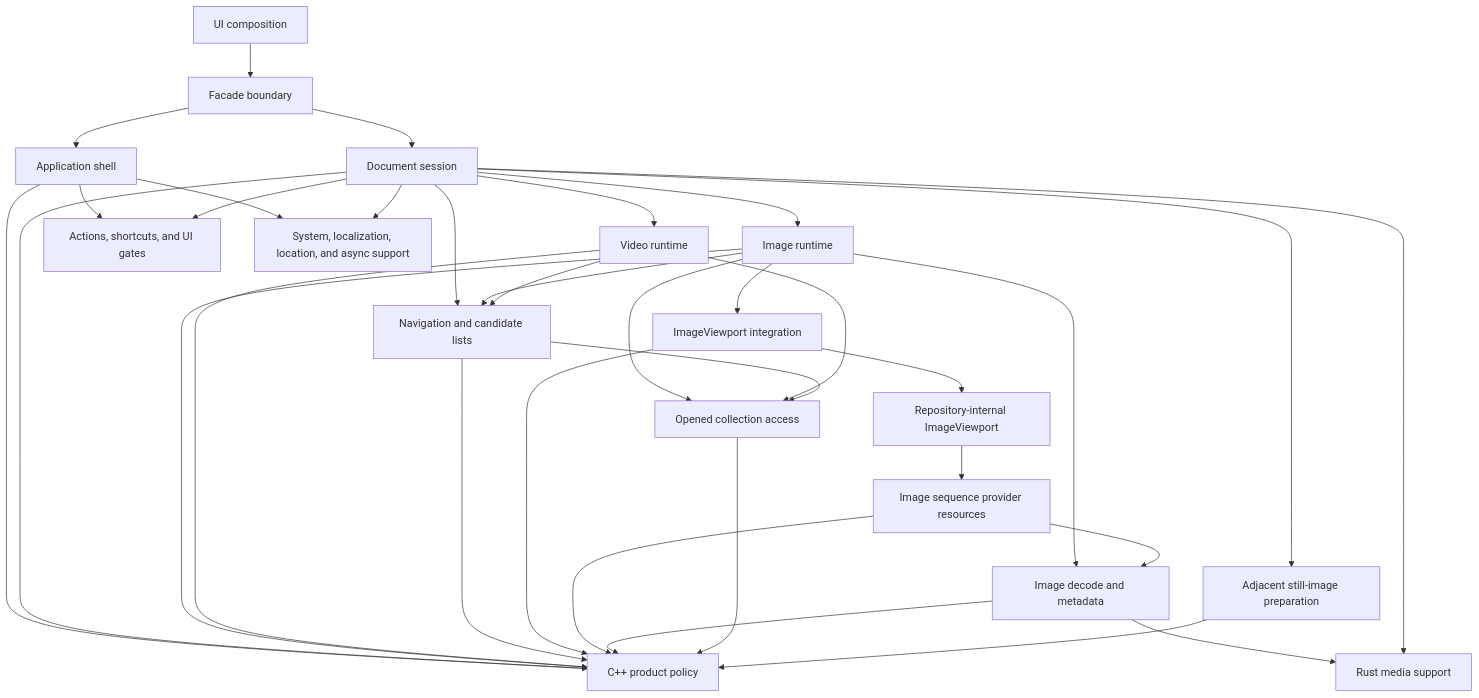
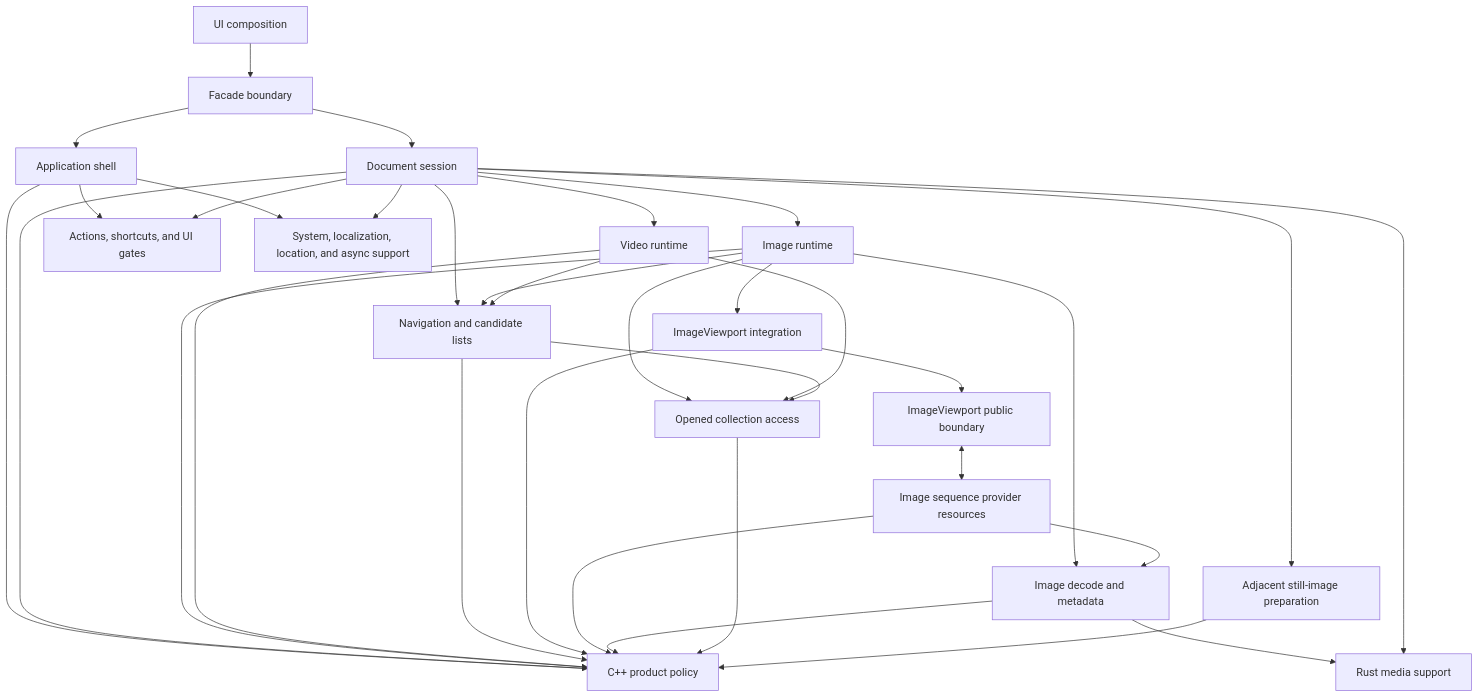
One commit to hnjae/kiriview changed the second of 2 diagrams in app/docs/architecture/overview.md. Above: the diagram before and after it, drawn with Mermaid. The commit also changed other lines of this file and 23 other files, not shown here.

Commit message:
docs(app): make image viewport boundary opaque

````diff
--- a/app/docs/architecture/overview.md
+++ b/app/docs/architecture/overview.md
@@ -33,54 +33,54 @@
 ```mermaid
 flowchart TD
     UI["UI composition"]
     Facade["Facade boundary"]
     Shell["Application shell"]
     Session["Document session"]
     Image["Image runtime"]
     Video["Video runtime"]
     Navigation["Navigation and candidate lists"]
     Integration["ImageViewport integration"]
-    Viewport["Repository-internal ImageViewport"]
+    Viewport["ImageViewport public boundary"]
     Provider["Image sequence provider resources"]
     Decoding["Image decode and metadata"]
     Collections["Opened collection access"]
     Predecode["Adjacent still-image preparation"]
     Actions["Actions, shortcuts, and UI gates"]
     System["System, localization, location, and async support"]
     Policy["C++ product policy"]
     Support["Rust media support"]
 
     UI --> Facade
     Facade --> Shell
     Facade --> Session
     Shell --> Actions
     Shell --> System
     Session --> Image
     Session --> Video
     Session --> Navigation
     Session --> Predecode
     Session --> Actions
     Session --> System
     Image --> Navigation
     Image --> Integration
     Image --> Decoding
     Image --> Collections
     Integration --> Viewport
-    Viewport --> Provider
+    Viewport <--> Provider
     Provider --> Decoding
     Video --> Navigation
     Video --> Collections
     Navigation --> Collections
     Shell --> Policy
     Session --> Policy
     Image --> Policy
     Video --> Policy
     Navigation --> Policy
     Integration --> Policy
     Provider --> Policy
     Decoding --> Policy
     Collections --> Policy
     Predecode --> Policy
     Decoding --> Support
     Session --> Support
 ```
````
